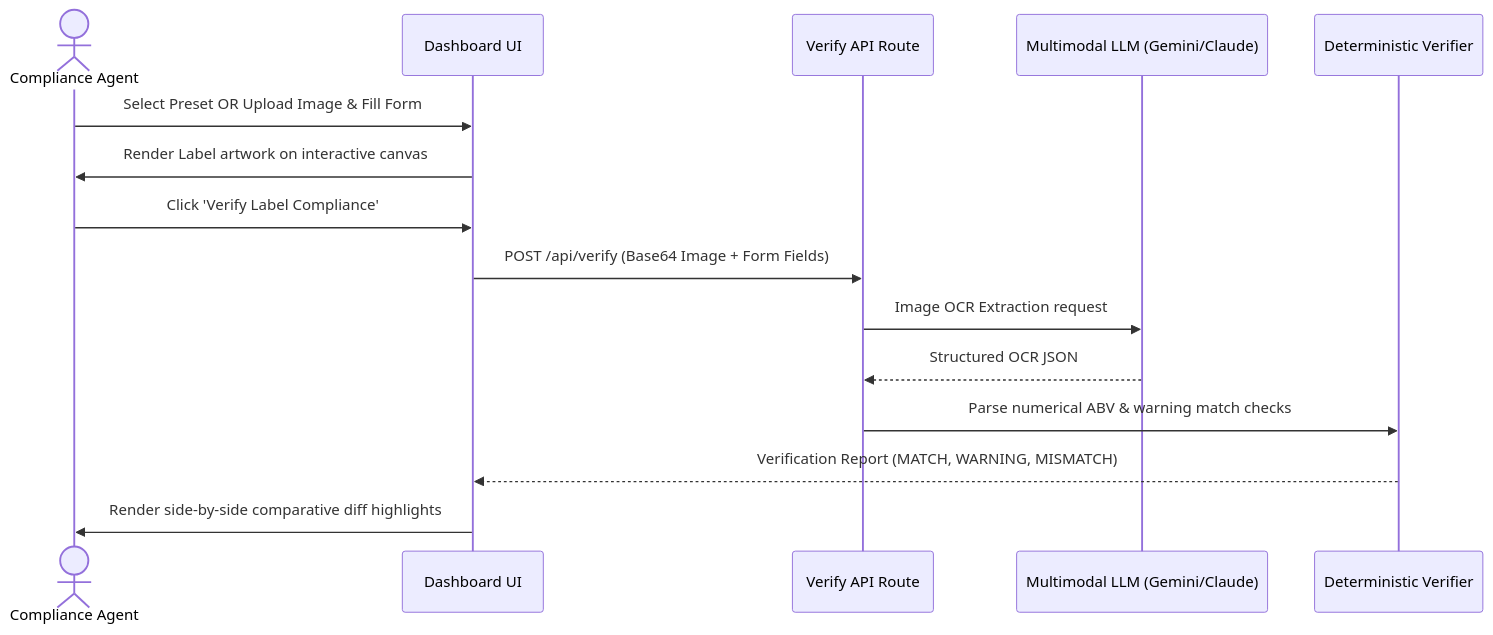
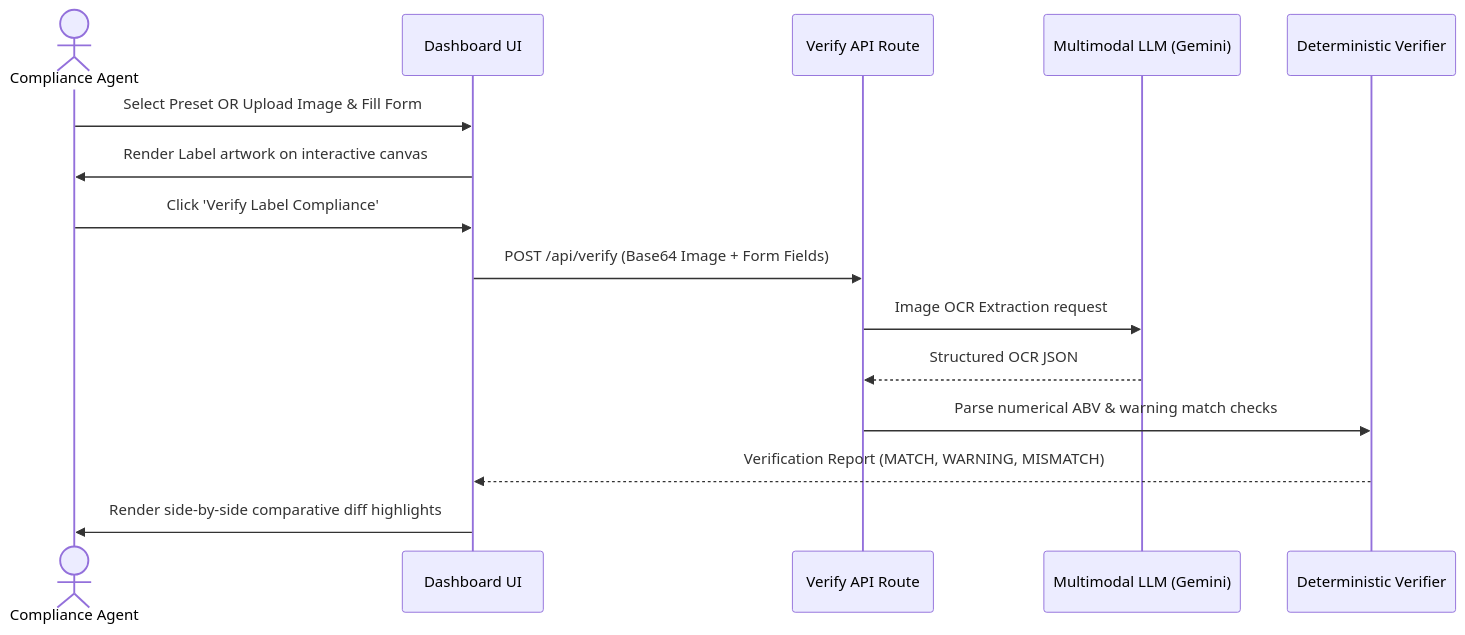
One commit to Duraman3444/TreasuryTakeHomeExam changed the second of 4 diagrams in USER_GUIDE.md. Above: the diagram before and after it, drawn with Mermaid. The commit also changed other lines of this file and 4 other files, not shown here.

First line of the commit message:
Docs: remove all Anthropic Claude / dual-provider mentions (Gemini-only)

````diff
--- a/USER_GUIDE.md
+++ b/USER_GUIDE.md
@@ -29,18 +29,18 @@
 ```mermaid
 sequenceDiagram
     actor Agent as Compliance Agent
     participant UI as Dashboard UI
     participant API as Verify API Route
-    participant AI as Multimodal LLM (Gemini/Claude)
+    participant AI as Multimodal LLM (Gemini)
     participant Rules as Deterministic Verifier
 
     Agent->>UI: Select Preset OR Upload Image & Fill Form
     UI->>Agent: Render Label artwork on interactive canvas
     Agent->>UI: Click 'Verify Label Compliance'
     UI->>API: POST /api/verify (Base64 Image + Form Fields)
     API->>AI: Image OCR Extraction request
     AI-->>API: Structured OCR JSON
     API->>Rules: Parse numerical ABV & warning match checks
     Rules-->>UI: Verification Report (MATCH, WARNING, MISMATCH)
     UI->>Agent: Render side-by-side comparative diff highlights
 ```
````
